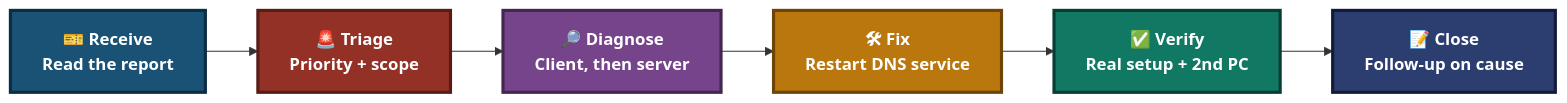
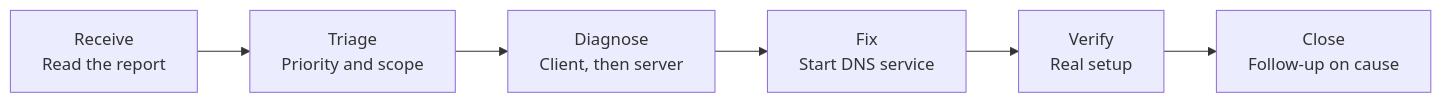
The second of 5 diagrams in 02-Ticket-simulations/02.1-DNS-Ticket.md (malaika-azhar/Customer-Tech-Support-Portfolio), drawn with Mermaid before and after one commit. The commit also changed other lines of this file, not shown here.

````diff
--- a/02-Ticket-simulations/02.1-DNS-Ticket.md
+++ b/02-Ticket-simulations/02.1-DNS-Ticket.md
@@ -149,11 +121,4 @@
 ```mermaid
 flowchart LR
-    A["🎫 Receive<br/>Read the report"]:::s1 --> B["🚨 Triage<br/>Priority + scope"]:::s2 --> C["🔎 Diagnose<br/>Client, then server"]:::s3 --> D["🛠 Fix<br/>Restart DNS service"]:::s4 --> E["✅ Verify<br/>Real setup + 2nd PC"]:::s5 --> F["📝 Close<br/>Follow-up on cause"]:::s6
-
-    classDef s1 fill:#1A5276,stroke:#0B2E43,stroke-width:3px,color:#FFFFFF,font-weight:bold
-    classDef s2 fill:#943126,stroke:#571C16,stroke-width:3px,color:#FFFFFF,font-weight:bold
-    classDef s3 fill:#76448A,stroke:#432752,stroke-width:3px,color:#FFFFFF,font-weight:bold
-    classDef s4 fill:#B9770E,stroke:#6E4409,stroke-width:3px,color:#FFFFFF,font-weight:bold
-    classDef s5 fill:#117864,stroke:#083D33,stroke-width:3px,color:#FFFFFF,font-weight:bold
-    classDef s6 fill:#2C3E70,stroke:#131B3A,stroke-width:3px,color:#FFFFFF,font-weight:bold
+    A["Receive<br>Read the report"] --> B["Triage<br>Priority and scope"] --> C["Diagnose<br>Client, then server"] --> D["Fix<br>Start DNS service"] --> E["Verify<br>Real setup"] --> F["Close<br>Follow-up on cause"]
 ```
````
